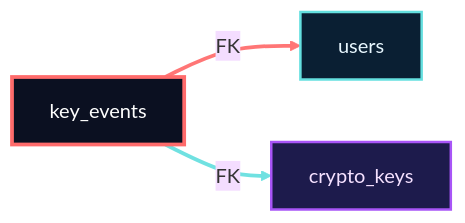
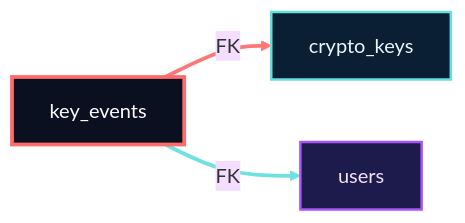
Before and after one commit to blackcatdatabase/table-key-events: the diagram in README.md, drawn with Mermaid (base theme). The commit also changed 1 other file, not shown here.

````diff
--- a/README.md
+++ b/README.md
@@ -73,13 +73,13 @@
 ```mermaid
 graph LR
   %% Neon lineage view (auto-parsed from docs/definitions.md)
   classDef center fill:#0b1021,stroke:#ff6b6b,stroke-width:3px,color:#fefefe;
   classDef link fill:#0a1f33,stroke:#64dfdf,stroke-width:2px,color:#e8f7ff;
   classDef accent fill:#1d1b4c,stroke:#a855f7,stroke-width:2px,color:#f5e1ff;
   classDef inbound fill:#0f172a,stroke:#10b981,stroke-width:2px,color:#e2fcef;
   key_events["key_events"]:::center
-  key_events -->|FK| users["users"]:::link
-  key_events -->|FK| crypto_keys["crypto_keys"]:::accent
+  key_events -->|FK| crypto_keys["crypto_keys"]:::link
+  key_events -->|FK| users["users"]:::accent
   linkStyle 0 stroke:#ff6b6b,stroke-width:3px,opacity:0.92;
   linkStyle 1 stroke:#64dfdf,stroke-width:3px,opacity:0.92;
 ```
````
